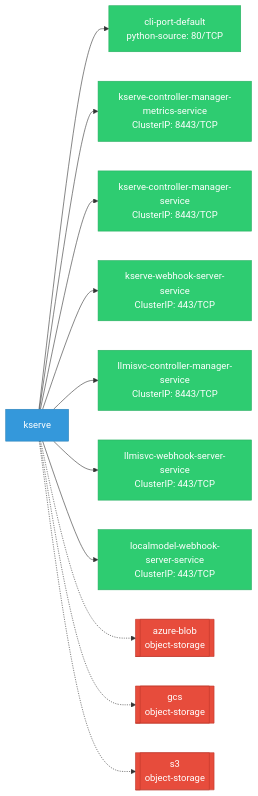
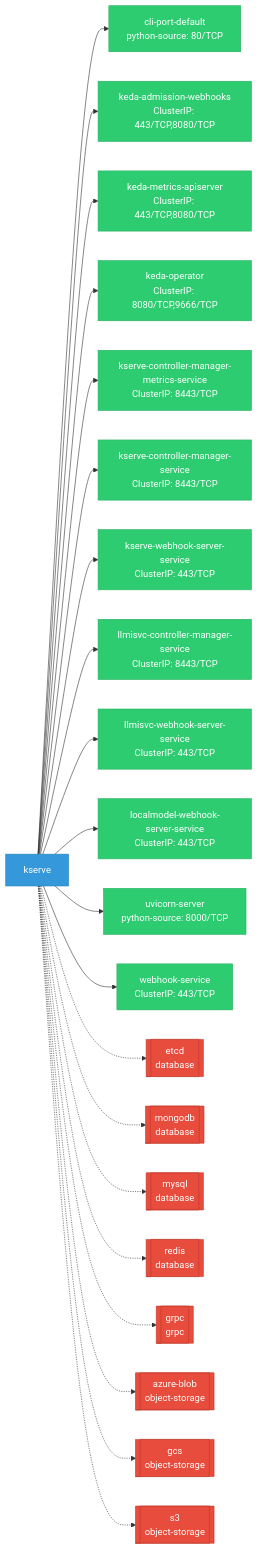
One commit to ugiordan/rhoai-architecture-analyzer changed the diagram in site/docs/use-cases/odh-platform/components/kserve/network.md. Above: the diagram before and after it, drawn with Mermaid. The commit also changed other lines of this file and 402 other files, not shown here.

````diff
--- a/site/docs/use-cases/odh-platform/components/kserve/network.md
+++ b/site/docs/use-cases/odh-platform/components/kserve/network.md
@@ -5,19 +7,29 @@
 ```mermaid
 graph LR
     classDef svc fill:#2ecc71,stroke:#27ae60,color:#fff
     classDef test fill:#95a5a6,stroke:#7f8c8d,color:#fff
     classDef component fill:#3498db,stroke:#2980b9,color:#fff
     classDef ext fill:#e74c3c,stroke:#c0392b,color:#fff
 
     kserve["kserve"]:::component
     kserve --> svc_0["cli-port-default\npython-source: 80/TCP"]:::svc
-    kserve --> svc_1["kserve-controller-manager-metrics-service\nClusterIP: 8443/TCP"]:::svc
-    kserve --> svc_2["kserve-controller-manager-service\nClusterIP: 8443/TCP"]:::svc
-    kserve --> svc_3["kserve-webhook-server-service\nClusterIP: 443/TCP"]:::svc
-    kserve --> svc_4["llmisvc-controller-manager-service\nClusterIP: 8443/TCP"]:::svc
-    kserve --> svc_5["llmisvc-webhook-server-service\nClusterIP: 443/TCP"]:::svc
-    kserve --> svc_6["localmodel-webhook-server-service\nClusterIP: 443/TCP"]:::svc
+    kserve --> svc_1["keda-admission-webhooks\nClusterIP: 443/TCP,8080/TCP"]:::svc
+    kserve --> svc_2["keda-metrics-apiserver\nClusterIP: 443/TCP,8080/TCP"]:::svc
+    kserve --> svc_3["keda-operator\nClusterIP: 8080/TCP,9666/TCP"]:::svc
+    kserve --> svc_4["kserve-controller-manager-metrics-service\nClusterIP: 8443/TCP"]:::svc
+    kserve --> svc_5["kserve-controller-manager-service\nClusterIP: 8443/TCP"]:::svc
+    kserve --> svc_6["kserve-webhook-server-service\nClusterIP: 443/TCP"]:::svc
+    kserve --> svc_7["llmisvc-controller-manager-service\nClusterIP: 8443/TCP"]:::svc
+    kserve --> svc_8["llmisvc-webhook-server-service\nClusterIP: 443/TCP"]:::svc
+    kserve --> svc_9["localmodel-webhook-server-service\nClusterIP: 443/TCP"]:::svc
+    kserve --> svc_10["uvicorn-server\npython-source: 8000/TCP"]:::svc
+    kserve --> svc_11["webhook-service\nClusterIP: 443/TCP"]:::svc
+    kserve -.-> ext_etcd[["etcd\ndatabase"]]:::ext
+    kserve -.-> ext_mongodb[["mongodb\ndatabase"]]:::ext
+    kserve -.-> ext_mysql[["mysql\ndatabase"]]:::ext
+    kserve -.-> ext_redis[["redis\ndatabase"]]:::ext
+    kserve -.-> ext_grpc[["grpc\ngrpc"]]:::ext
     kserve -.-> ext_azure_blob[["azure-blob\nobject-storage"]]:::ext
     kserve -.-> ext_gcs[["gcs\nobject-storage"]]:::ext
     kserve -.-> ext_s3[["s3\nobject-storage"]]:::ext
 ```
````
